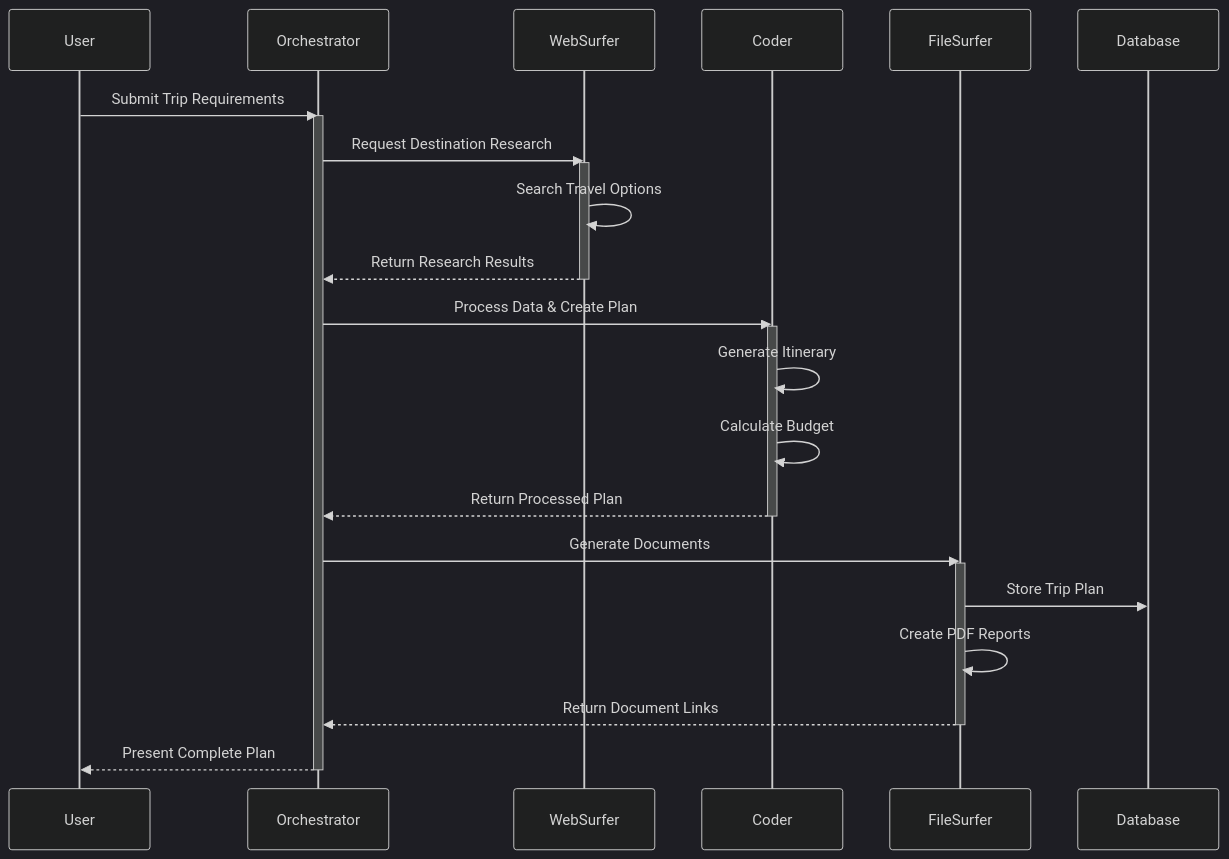
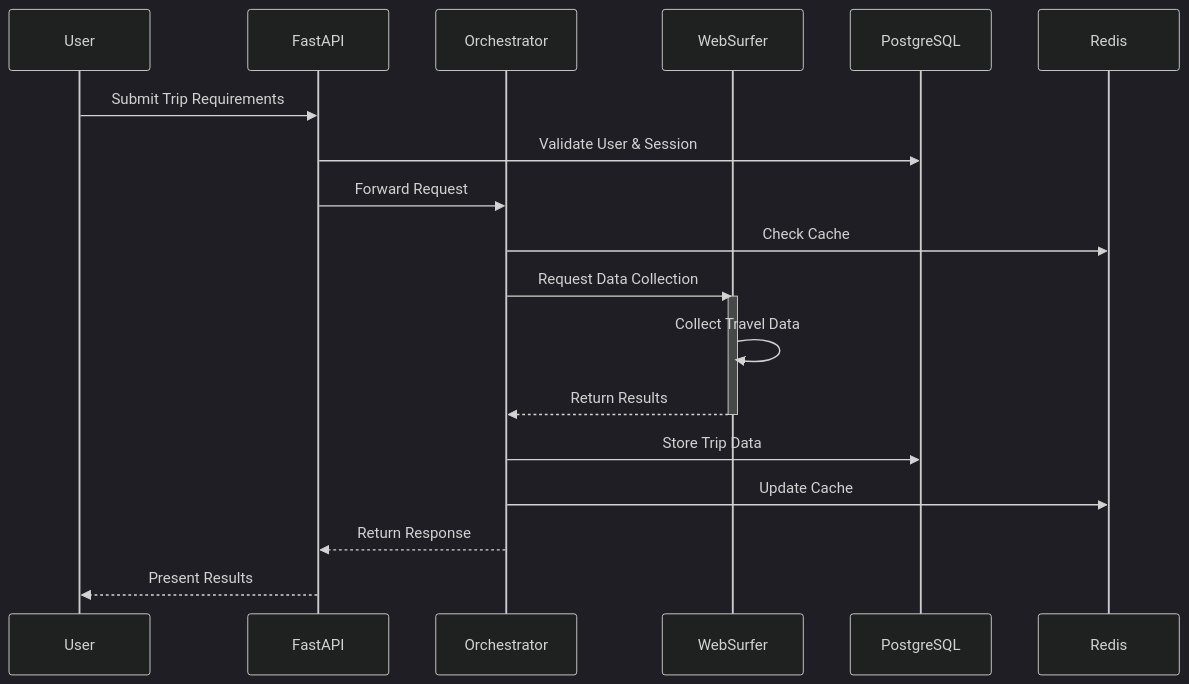
The second of 5 diagrams in docs/architecture_diagrams.md (padak/magnetic), drawn with Mermaid (dark theme) before and after one commit. The commit also changed other lines of this file and 3 other files, not shown here.

````diff
--- a/docs/architecture_diagrams.md
+++ b/docs/architecture_diagrams.md
@@ -35,35 +40,25 @@
 ```mermaid
 sequenceDiagram
     participant U as User
+    participant API as FastAPI
     participant O as Orchestrator
     participant W as WebSurfer
-    participant C as Coder
-    participant F as FileSurfer
-    participant DB as Database
+    participant DB as PostgreSQL
+    participant R as Redis
     
-    U->>O: Submit Trip Requirements
-    activate O
+    U->>API: Submit Trip Requirements
+    API->>DB: Validate User & Session
+    API->>O: Forward Request
     
-    O->>W: Request Destination Research
+    O->>R: Check Cache
+    O->>W: Request Data Collection
     activate W
-    W->>W: Search Travel Options
-    W-->>O: Return Research Results
+    W->>W: Collect Travel Data
+    W-->>O: Return Results
     deactivate W
     
-    O->>C: Process Data & Create Plan
-    activate C
-    C->>C: Generate Itinerary
-    C->>C: Calculate Budget
-    C-->>O: Return Processed Plan
-    deactivate C
-    
-    O->>F: Generate Documents
-    activate F
-    F->>DB: Store Trip Plan
-    F->>F: Create PDF Reports
-    F-->>O: Return Document Links
-    deactivate F
-    
-    O-->>U: Present Complete Plan
-    deactivate O
+    O->>DB: Store Trip Data
+    O->>R: Update Cache
+    O-->>API: Return Response
+    API-->>U: Present Results
 ```
````
